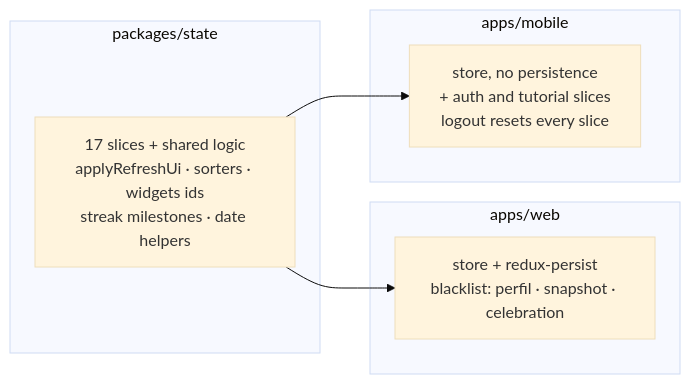
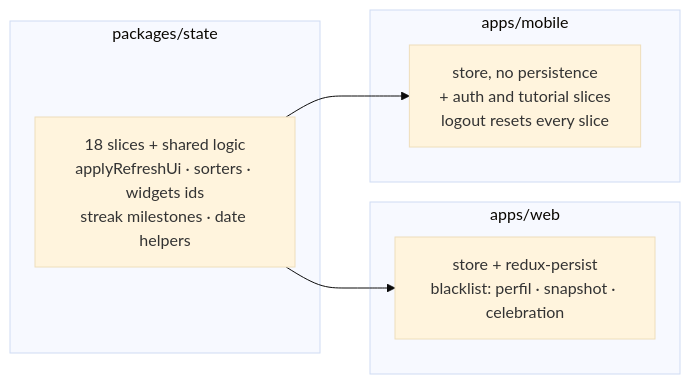
One commit to AndDev741/Beyou-arch-design changed the first of 2 diagrams in architecture/redux-data/en.md. Above: the diagram before and after it, drawn with Mermaid (base theme). The commit also changed other lines of this file and 7 other files, not shown here.

````diff
--- a/architecture/redux-data/en.md
+++ b/architecture/redux-data/en.md
@@ -12,17 +12,17 @@
 ```mermaid
 flowchart LR
   subgraph pkg["packages/state"]
-    SLICES["17 slices + shared logic<br/>applyRefreshUi · sorters · widgets ids<br/>streak milestones · date helpers"]
+    SLICES["18 slices + shared logic<br/>applyRefreshUi · sorters · widgets ids<br/>streak milestones · date helpers"]
   end
 
   subgraph web["apps/web"]
     WSTORE["store + redux-persist<br/>blacklist: perfil · snapshot · celebration"]
   end
 
   subgraph mobile["apps/mobile"]
     MSTORE["store, no persistence<br/>+ auth and tutorial slices<br/>logout resets every slice"]
   end
 
   SLICES --> WSTORE
   SLICES --> MSTORE
 ```
````
